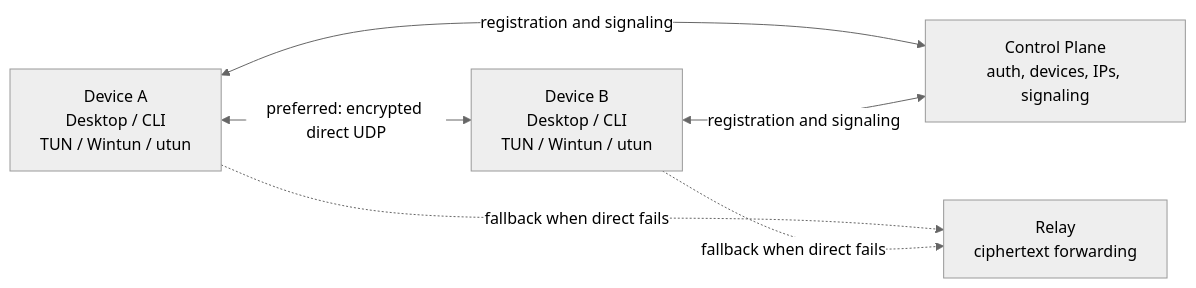
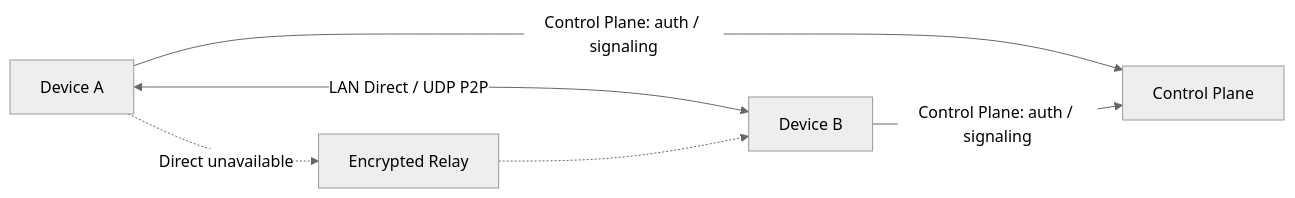
The diagram in README.en.md (yhan-sun/p2wlan), drawn with Mermaid (neutral theme) before and after one commit. The commit also changed other lines of this file and 1 other file, not shown here.

````diff
--- a/README.en.md
+++ b/README.en.md
@@ -137,13 +115,8 @@
 ```mermaid
 flowchart LR
-    A["Device A<br/>Desktop / CLI<br/>TUN / Wintun / utun"]
-    B["Device B<br/>Desktop / CLI<br/>TUN / Wintun / utun"]
-    C["Control Plane<br/>auth, devices, IPs, signaling"]
-    R["Relay<br/>ciphertext forwarding"]
-
-    A <-->|"preferred: encrypted direct UDP"| B
-    A <-->|"registration and signaling"| C
-    B <-->|"registration and signaling"| C
-    A -.->|"fallback when direct fails"| R
-    B -.->|"fallback when direct fails"| R
+    A[Device A] <-->|"LAN Direct / UDP P2P"| B[Device B]
+    A -->|"Control Plane: auth / signaling"| C[Control Plane]
+    B -->|"Control Plane: auth / signaling"| C
+    A -.->|"Direct unavailable"| R[Encrypted Relay]
+    R -.-> B
 ```
````
